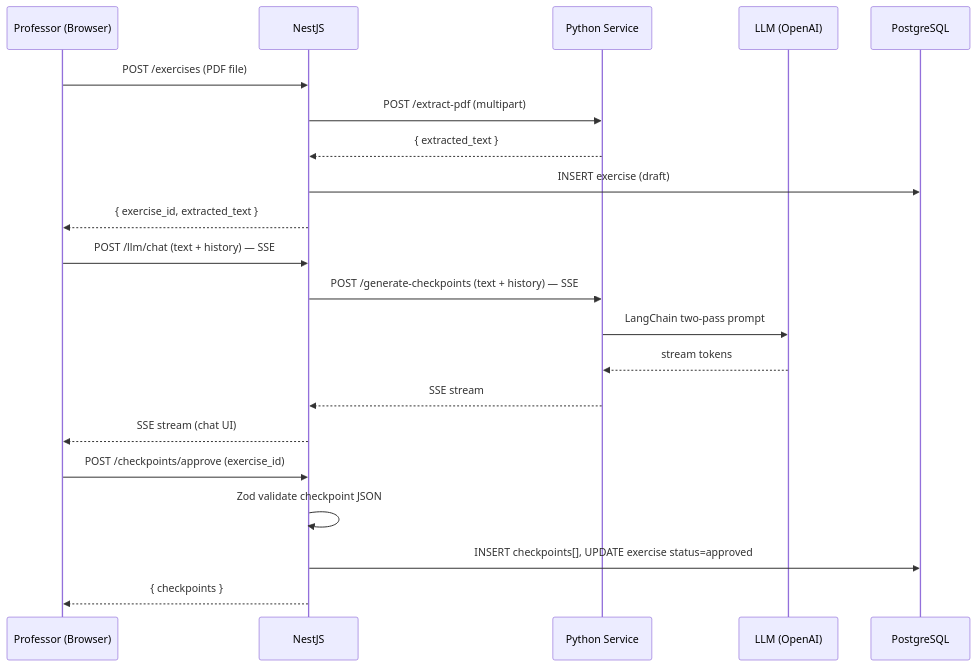
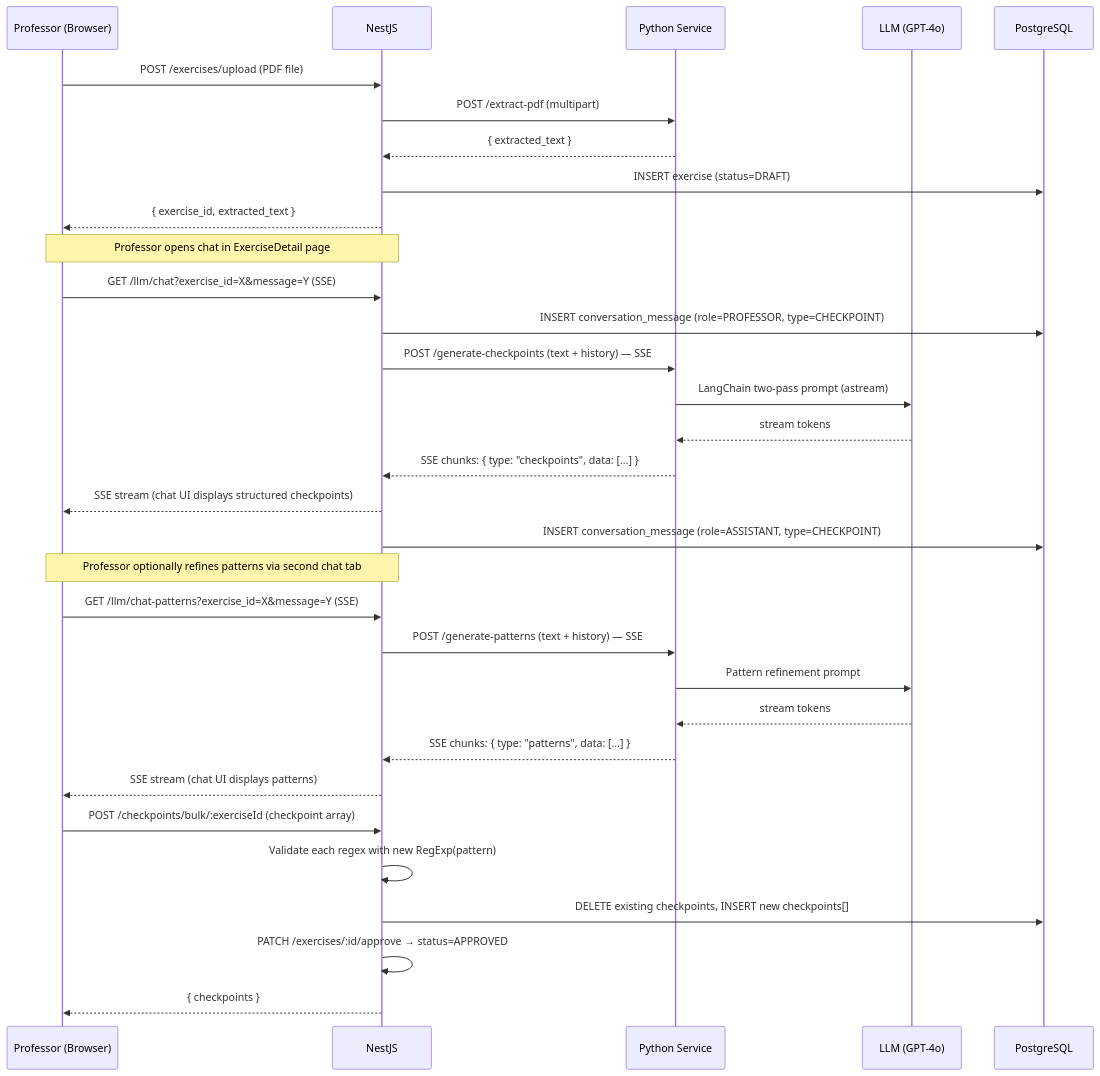
Before and after one commit to souleles/LLMexam: the second of 4 diagrams in docs/architecture.md, drawn with Mermaid. The commit also changed other lines of this file and 5 other files, not shown here.

````diff
--- a/docs/architecture.md
+++ b/docs/architecture.md
@@ -55,26 +71,40 @@
 ```mermaid
 sequenceDiagram
     participant P as Professor (Browser)
     participant N as NestJS
     participant Py as Python Service
-    participant LLM as LLM (OpenAI)
+    participant LLM as LLM (GPT-4o)
     participant DB as PostgreSQL
 
-    P->>N: POST /exercises (PDF file)
+    P->>N: POST /exercises/upload (PDF file)
     N->>Py: POST /extract-pdf (multipart)
     Py-->>N: { extracted_text }
-    N->>DB: INSERT exercise (draft)
+    N->>DB: INSERT exercise (status=DRAFT)
     N-->>P: { exercise_id, extracted_text }
 
-    P->>N: POST /llm/chat (text + history) — SSE
+    note over P,N: Professor opens chat in ExerciseDetail page
+
+    P->>N: GET /llm/chat?exercise_id=X&message=Y (SSE)
+    N->>DB: INSERT conversation_message (role=PROFESSOR, type=CHECKPOINT)
     N->>Py: POST /generate-checkpoints (text + history) — SSE
-    Py->>LLM: LangChain two-pass prompt
+    Py->>LLM: LangChain two-pass prompt (astream)
     LLM-->>Py: stream tokens
-    Py-->>N: SSE stream
-    N-->>P: SSE stream (chat UI)
+    Py-->>N: SSE chunks: { type: "checkpoints", data: [...] }
+    N-->>P: SSE stream (chat UI displays structured checkpoints)
+    N->>DB: INSERT conversation_message (role=ASSISTANT, type=CHECKPOINT)
 
-    P->>N: POST /checkpoints/approve (exercise_id)
-    N->>N: Zod validate checkpoint JSON
-    N->>DB: INSERT checkpoints[], UPDATE exercise status=approved
+    note over P,N: Professor optionally refines patterns via second chat tab
+
+    P->>N: GET /llm/chat-patterns?exercise_id=X&message=Y (SSE)
+    N->>Py: POST /generate-patterns (text + history) — SSE
+    Py->>LLM: Pattern refinement prompt
+    LLM-->>Py: stream tokens
+    Py-->>N: SSE chunks: { type: "patterns", data: [...] }
+    N-->>P: SSE stream (chat UI displays patterns)
+
+    P->>N: POST /checkpoints/bulk/:exerciseId (checkpoint array)
+    N->>N: Validate each regex with new RegExp(pattern)
+    N->>DB: DELETE existing checkpoints, INSERT new checkpoints[]
+    N->>N: PATCH /exercises/:id/approve → status=APPROVED
     N-->>P: { checkpoints }
 ```
````
